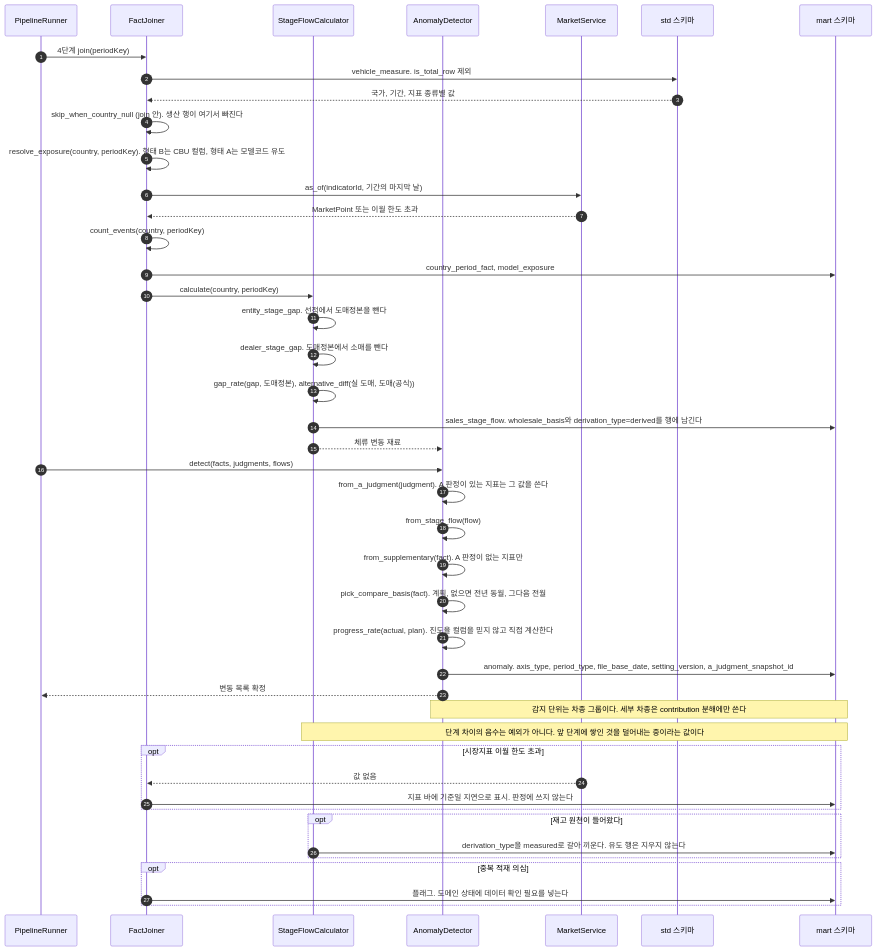
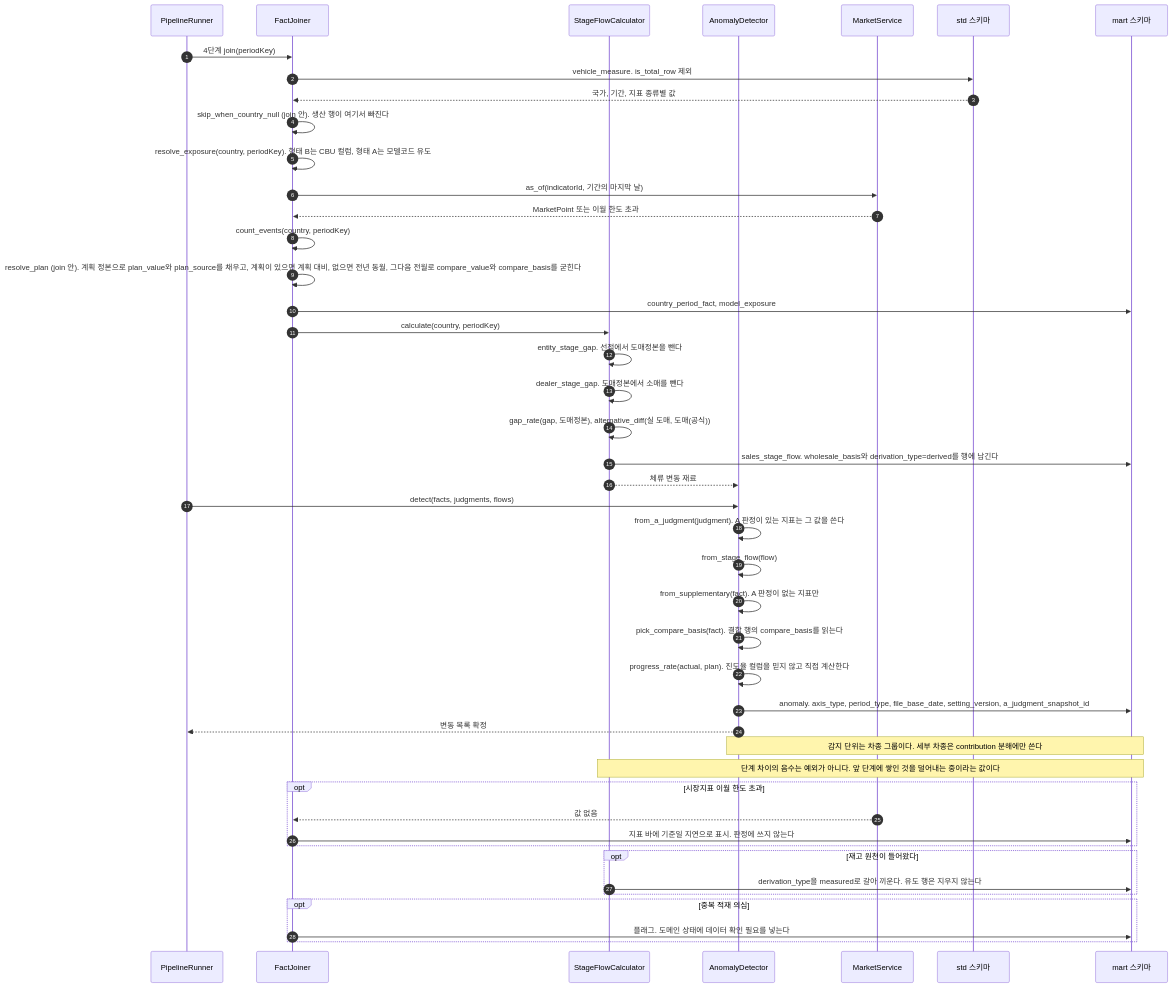
The seventh of 14 diagrams in docs/specs/09-SEQ/TBL-SEQ-001.md (HoyoungParkme/tableau_platform), drawn with Mermaid before and after one commit. The commit also changed other lines of this file, not shown here.

````diff
--- a/docs/specs/09-SEQ/TBL-SEQ-001.md
+++ b/docs/specs/09-SEQ/TBL-SEQ-001.md
@@ -447,46 +438,47 @@
 ```mermaid
 sequenceDiagram
   autonumber
   participant RUN as PipelineRunner
   participant FJ as FactJoiner
   participant SFC as StageFlowCalculator
   participant AD as AnomalyDetector
   participant MKT as MarketService
   participant DB_STD as std 스키마
   participant DB_MART as mart 스키마
   RUN->>FJ: 4단계 join(periodKey)
   FJ->>DB_STD: vehicle_measure. is_total_row 제외
   DB_STD-->>FJ: 국가, 기간, 지표 종류별 값
   FJ->>FJ: skip_when_country_null (join 안). 생산 행이 여기서 빠진다
   FJ->>FJ: resolve_exposure(country, periodKey). 형태 B는 CBU 컬럼, 형태 A는 모델코드 유도
   FJ->>MKT: as_of(indicatorId, 기간의 마지막 날)
   MKT-->>FJ: MarketPoint 또는 이월 한도 초과
   FJ->>FJ: count_events(country, periodKey)
+  FJ->>FJ: resolve_plan (join 안). 계획 정본으로 plan_value와 plan_source를 채우고, 계획이 있으면 계획 대비, 없으면 전년 동월, 그다음 전월로 compare_value와 compare_basis를 굳힌다
   FJ->>DB_MART: country_period_fact, model_exposure
   FJ->>SFC: calculate(country, periodKey)
   SFC->>SFC: entity_stage_gap. 선적에서 도매정본을 뺀다
   SFC->>SFC: dealer_stage_gap. 도매정본에서 소매를 뺀다
   SFC->>SFC: gap_rate(gap, 도매정본), alternative_diff(실 도매, 도매(공식))
   SFC->>DB_MART: sales_stage_flow. wholesale_basis와 derivation_type=derived를 행에 남긴다
   SFC-->>AD: 체류 변동 재료
   RUN->>AD: detect(facts, judgments, flows)
   AD->>AD: from_a_judgment(judgment). A 판정이 있는 지표는 그 값을 쓴다
   AD->>AD: from_stage_flow(flow)
   AD->>AD: from_supplementary(fact). A 판정이 없는 지표만
-  AD->>AD: pick_compare_basis(fact). 계획, 없으면 전년 동월, 그다음 전월
+  AD->>AD: pick_compare_basis(fact). 결합 행의 compare_basis를 읽는다
   AD->>AD: progress_rate(actual, plan). 진도율 컬럼을 믿지 않고 직접 계산한다
   AD->>DB_MART: anomaly. axis_type, period_type, file_base_date, setting_version, a_judgment_snapshot_id
   AD-->>RUN: 변동 목록 확정
   Note over AD,DB_MART: 감지 단위는 차종 그룹이다. 세부 차종은 contribution 분해에만 쓴다
   Note over SFC,DB_MART: 단계 차이의 음수는 예외가 아니다. 앞 단계에 쌓인 것을 덜어내는 중이라는 값이다
   opt 시장지표 이월 한도 초과
     MKT-->>FJ: 값 없음
     FJ->>DB_MART: 지표 바에 기준일 지연으로 표시. 판정에 쓰지 않는다
   end
   opt 재고 원천이 들어왔다
     SFC->>DB_MART: derivation_type을 measured로 갈아 끼운다. 유도 행은 지우지 않는다
   end
   opt 중복 적재 의심
     FJ->>DB_MART: 플래그. 도메인 상태에 데이터 확인 필요를 넣는다
   end
 ```
````
